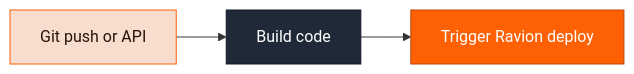
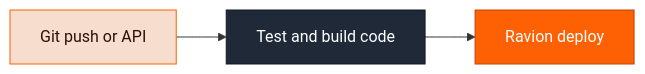
The first of 2 diagrams in snippets/pipelines/overview.mdx (ravionhq/docs), drawn with Mermaid before and after one commit. The commit also changed other lines of this file and 2 other files, not shown here.

````diff
--- a/snippets/pipelines/overview.mdx
+++ b/snippets/pipelines/overview.mdx
@@ -9,13 +5,13 @@
 ```mermaid
 flowchart LR
-  GitPush[Git push or API] --> BuildCode[Build code]
-  BuildCode --> TriggerDeploy[Trigger Ravion deploy]
+  GitPush[Git push or API] --> BuildCode[Test and build code]
+  BuildCode --> TriggerDeploy[Ravion deploy]
 
   class GitPush source
   class BuildCode build
   class TriggerDeploy deploy
 
   classDef source fill:#F6DDCE,stroke:#FE6104,color:#2a1208
   classDef build fill:#1f2937,stroke:#111827,color:#fff
   classDef deploy fill:#FE6104,stroke:#BD4406,color:#fff
 ```
````
